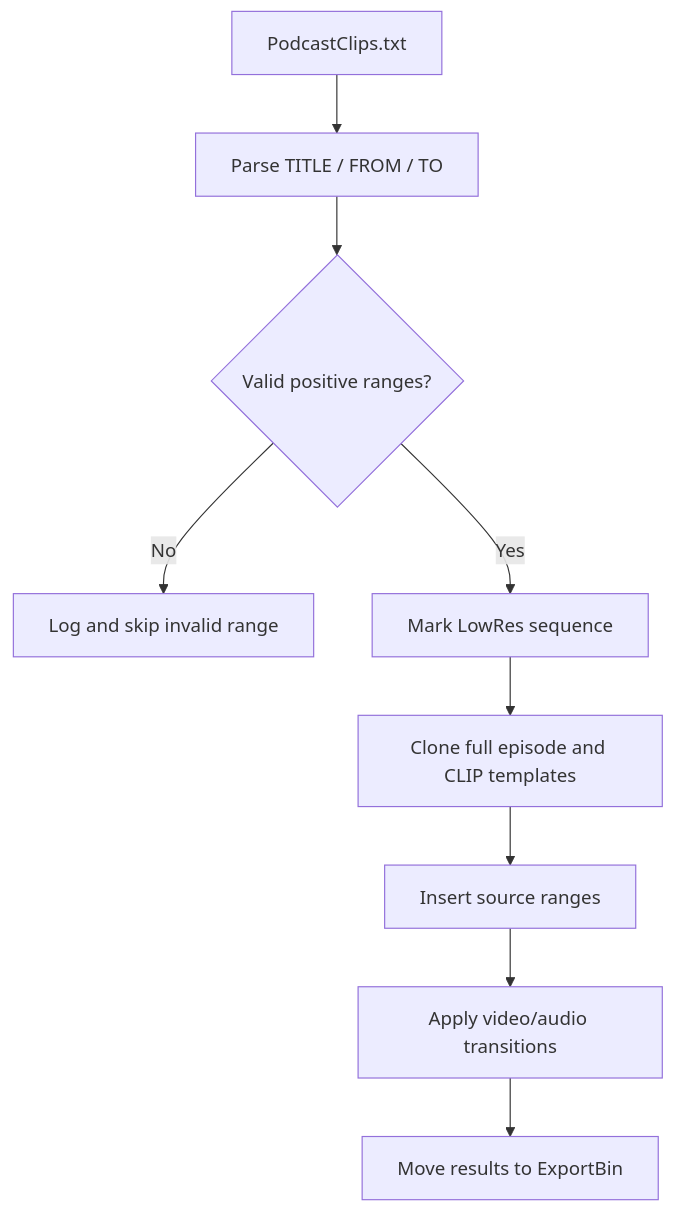
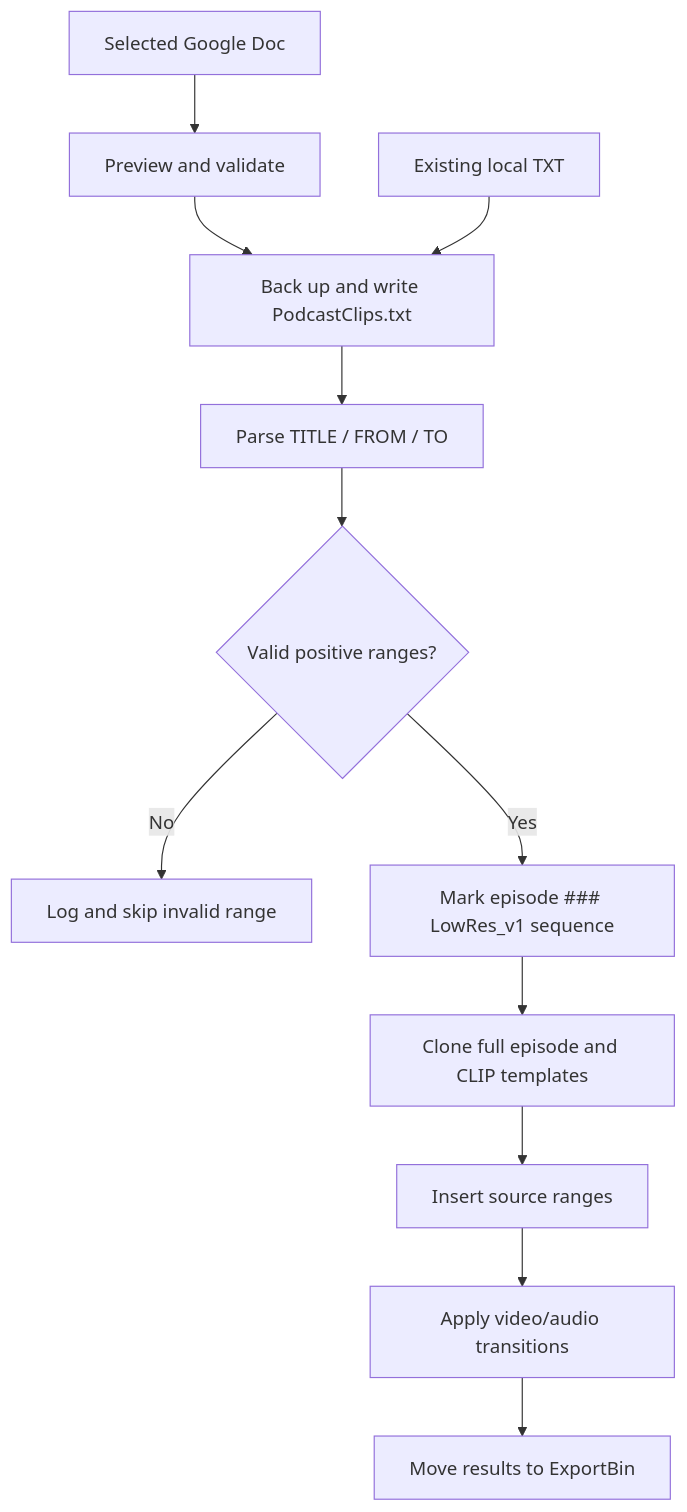
The second of 4 diagrams in docs/ARCHITECTURE.md (andersaucy/Unscripted-Podcast), drawn with Mermaid before and after one commit. The commit also changed other lines of this file and 25 other files, not shown here.

First line of the commit message:
feat: expand one-click podcast episode setup

````diff
--- a/docs/ARCHITECTURE.md
+++ b/docs/ARCHITECTURE.md
@@ -55,11 +81,14 @@
 ```mermaid
 flowchart TD
-    File["PodcastClips.txt"] --> Parse["Parse TITLE / FROM / TO"]
+    Google["Selected Google Doc"] --> Preview["Preview and validate"]
+    Preview --> File["Back up and write PodcastClips.txt"]
+    Local["Existing local TXT"] --> File
+    File --> Parse["Parse TITLE / FROM / TO"]
     Parse --> Validate{"Valid positive ranges?"}
     Validate -- No --> Warn["Log and skip invalid range"]
-    Validate -- Yes --> Mark["Mark LowRes sequence"]
+    Validate -- Yes --> Mark["Mark episode ### LowRes_v1 sequence"]
     Mark --> Clone["Clone full episode and CLIP templates"]
     Clone --> Assemble["Insert source ranges"]
     Assemble --> Transitions["Apply video/audio transitions"]
     Transitions --> ExportBin["Move results to ExportBin"]
 ```
````
